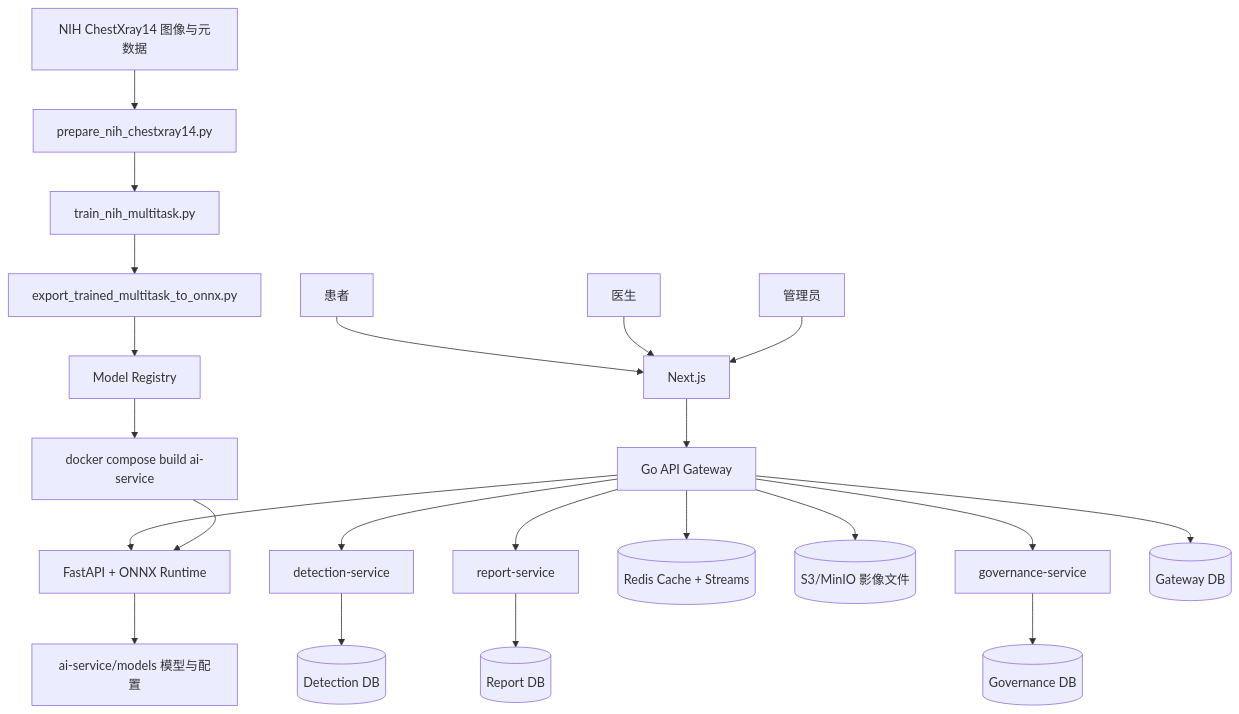
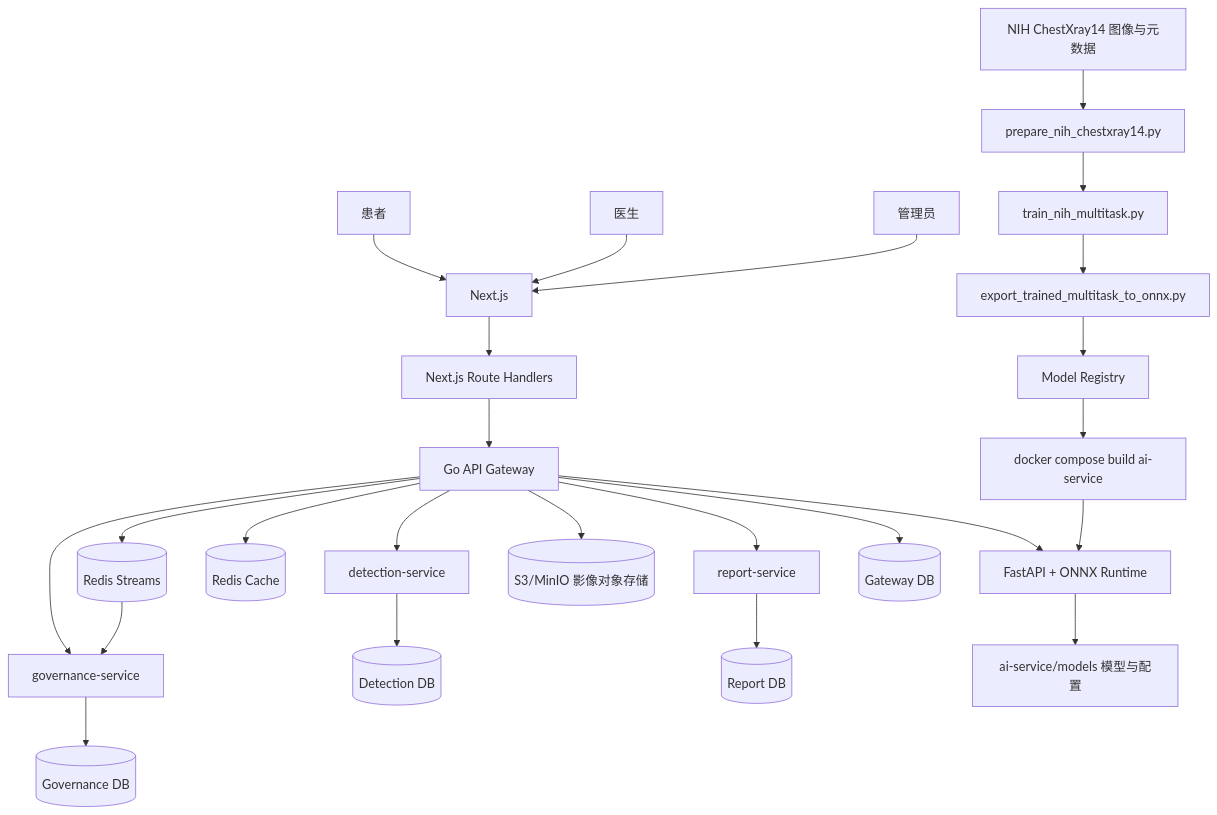
Before and after one commit to laixinyu/cancer-detection-system: the second of 2 diagrams in README.md, drawn with Mermaid. The commit also changed other lines of this file and 5 other files, not shown here.

````diff
--- a/README.md
+++ b/README.md
@@ -58,27 +60,30 @@
 ```mermaid
 flowchart TB
   U1[患者] --> FE[Next.js]
   U2[医生] --> FE
   U3[管理员] --> FE
 
-  FE --> GW[Go API Gateway]
+  FE --> BFF[Next.js Route Handlers]
+  BFF --> GW[Go API Gateway]
   GW --> DET[detection-service]
   GW --> REP[report-service]
   GW --> GOV[governance-service]
-  GW --> REDIS[(Redis Cache + Streams)]
-  GW --> UPLOADS[(S3/MinIO 影像文件)]
+  GW --> CACHE[(Redis Cache)]
+  GW --> BUS[(Redis Streams)]
+  GW --> OBJ[(S3/MinIO 影像对象存储)]
   GW --> AI[FastAPI + ONNX Runtime]
 
   GW --> GDB[(Gateway DB)]
   DET --> DDB[(Detection DB)]
   REP --> RDB[(Report DB)]
   GOV --> VDB[(Governance DB)]
+  BUS --> GOV
   AI --> MODELS[ai-service/models 模型与配置]
 
   NIH[NIH ChestXray14 图像与元数据] --> PREP[prepare_nih_chestxray14.py]
   PREP --> TRAIN[train_nih_multitask.py]
   TRAIN --> EXPORT[export_trained_multitask_to_onnx.py]
   EXPORT --> REG[Model Registry]
   REG --> BUILD[docker compose build ai-service]
   BUILD --> AI
 ```
````
